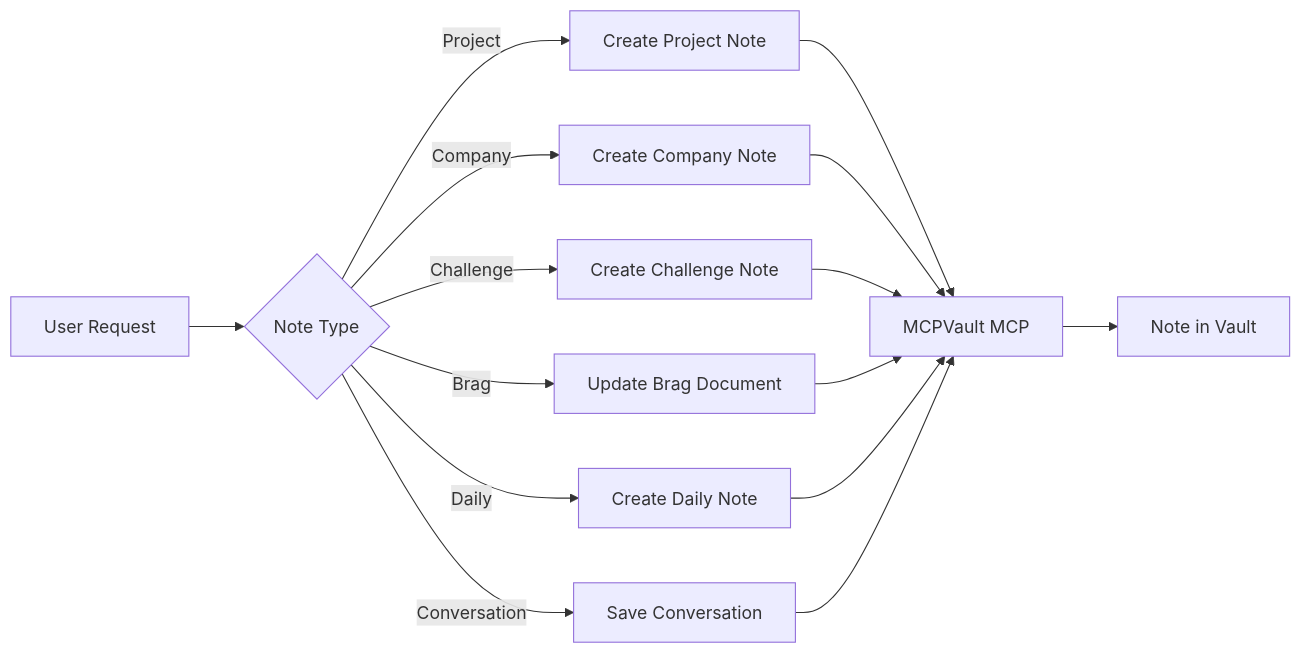
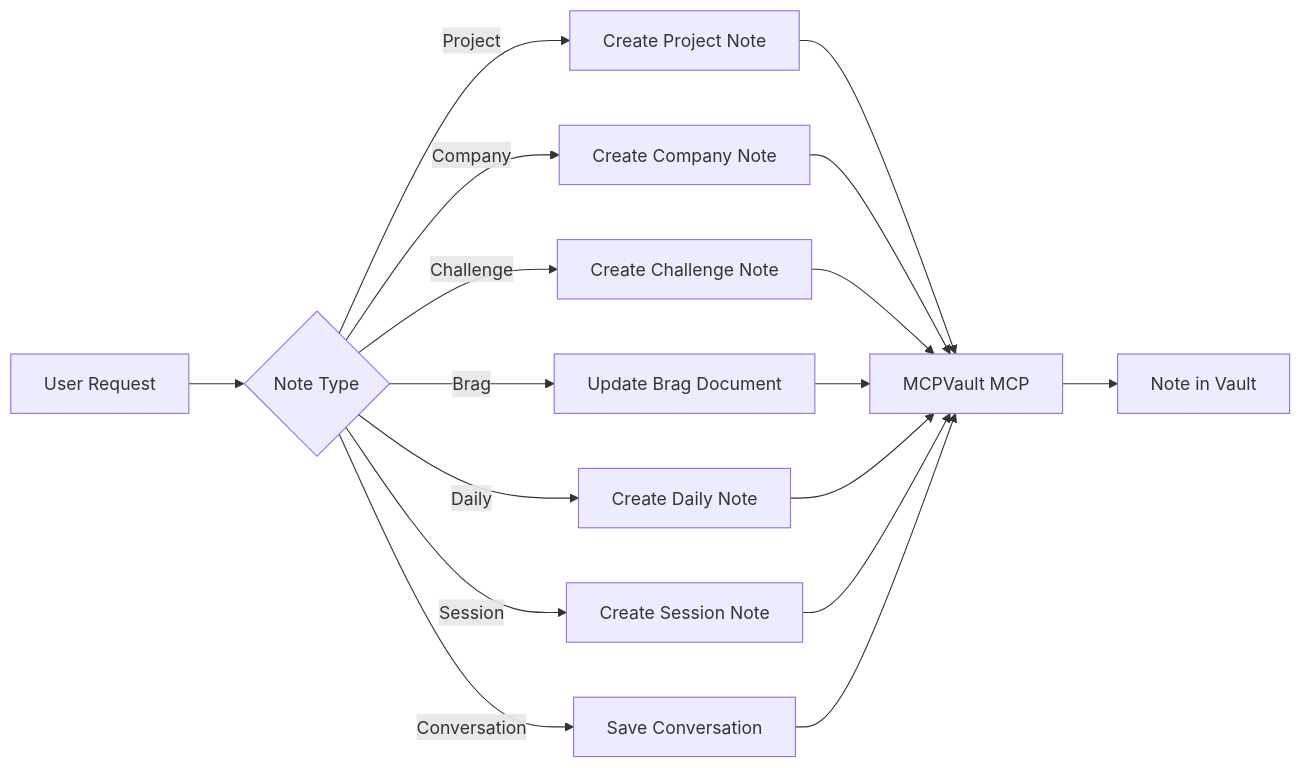
Before and after one commit to adeonir/agent-skills: the diagram in skills/(tooling)/session-notes/README.md, drawn with Mermaid. The commit also changed other lines of this file and 7 other files, not shown here.

````diff
--- a/skills/(tooling)/session-notes/README.md
+++ b/skills/(tooling)/session-notes/README.md
@@ -22,17 +23,19 @@
 ```mermaid
 flowchart LR
     T[User Request] --> D{Note Type}
     D -->|Project| P[Create Project Note]
     D -->|Company| C[Create Company Note]
     D -->|Challenge| H[Create Challenge Note]
     D -->|Brag| B[Update Brag Document]
     D -->|Daily| Y[Create Daily Note]
+    D -->|Session| S[Create Session Note]
     D -->|Conversation| V[Save Conversation]
     P --> M[MCPVault MCP]
     C --> M
     H --> M
     B --> M
     Y --> M
+    S --> M
     V --> M
     M --> N[Note in Vault]
 ```
````
